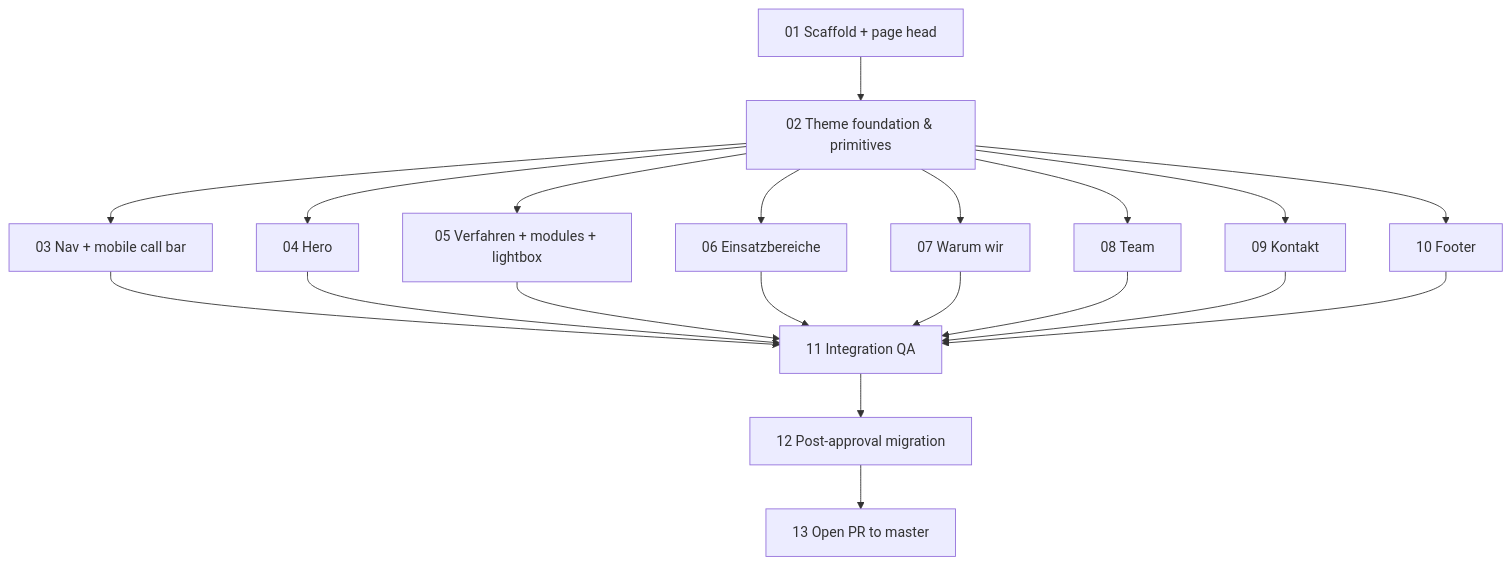
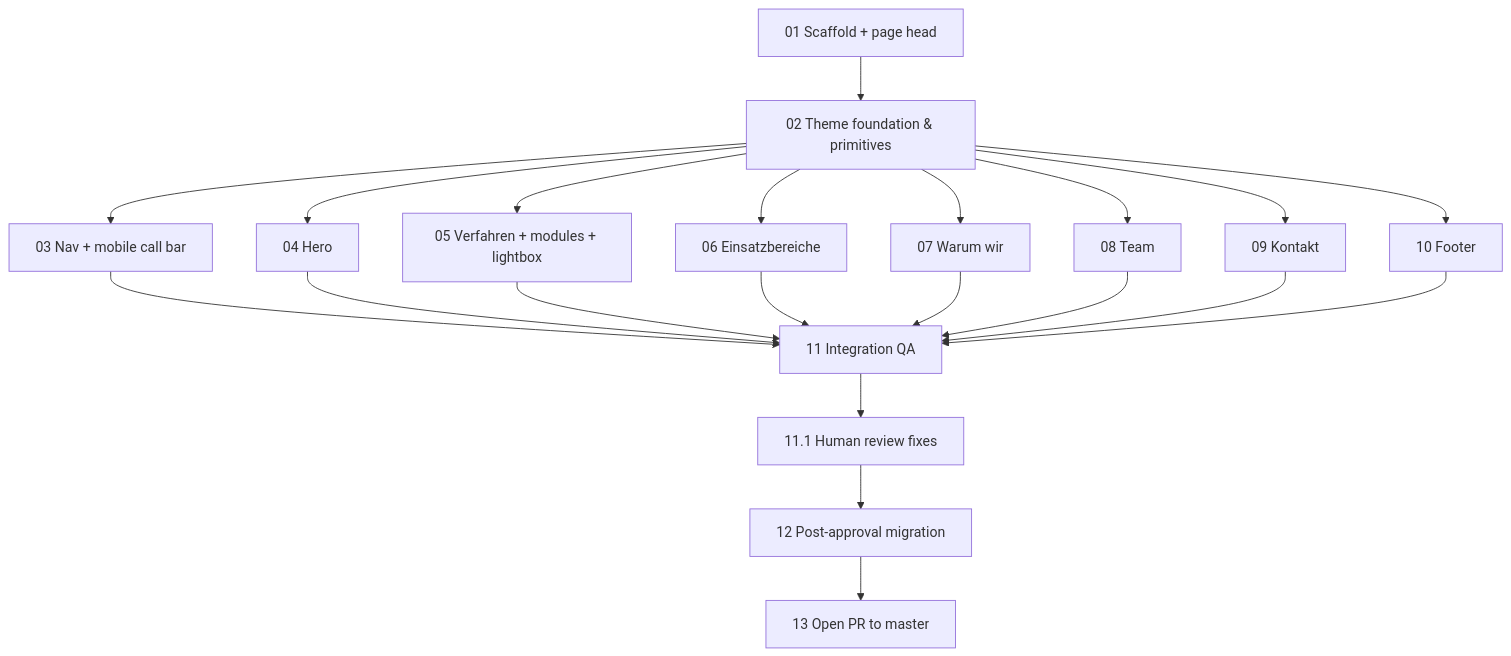
One commit to Ctrl-A-Del/IBA-Landing-Page changed the diagram in .scratch/design-v2/parallelisation.md. Above: the diagram before and after it, drawn with Mermaid. The commit also changed other lines of this file and 4 other files, not shown here.

````diff
--- a/.scratch/design-v2/parallelisation.md
+++ b/.scratch/design-v2/parallelisation.md
@@ -15,22 +15,23 @@
 ```mermaid
 graph TD
   T01["01 Scaffold + page head"] --> T02["02 Theme foundation & primitives"]
   T02 --> T03["03 Nav + mobile call bar"]
   T02 --> T04["04 Hero"]
   T02 --> T05["05 Verfahren + modules + lightbox"]
   T02 --> T06["06 Einsatzbereiche"]
   T02 --> T07["07 Warum wir"]
   T02 --> T08["08 Team"]
   T02 --> T09["09 Kontakt"]
   T02 --> T10["10 Footer"]
   T03 --> T11["11 Integration QA"]
   T04 --> T11
   T05 --> T11
   T06 --> T11
   T07 --> T11
   T08 --> T11
   T09 --> T11
   T10 --> T11
-  T11 --> T12["12 Post-approval migration"]
+  T11 --> T111["11.1 Human review fixes"]
+  T111 --> T12["12 Post-approval migration"]
   T12 --> T13["13 Open PR to master"]
 ```
````
